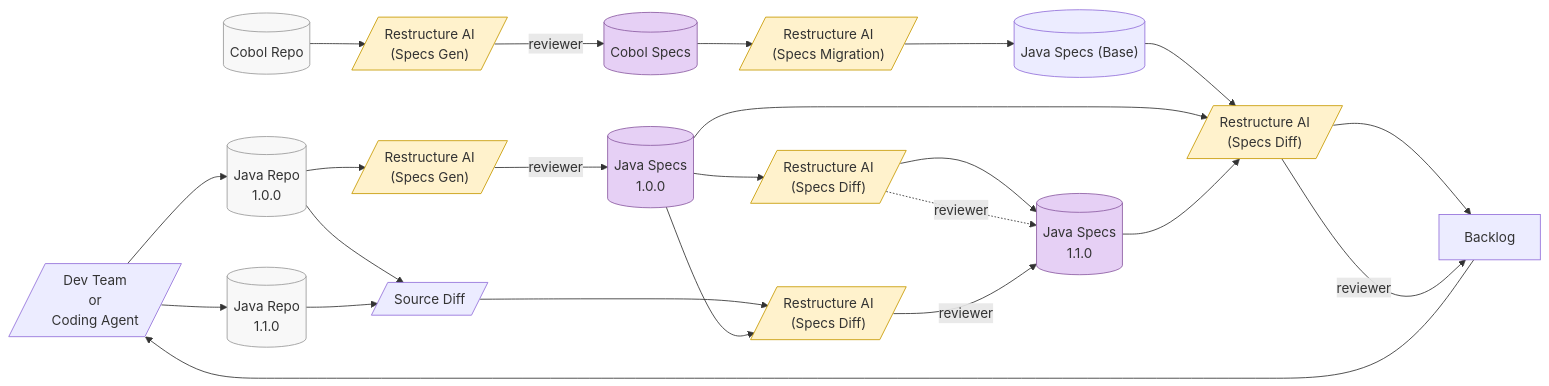
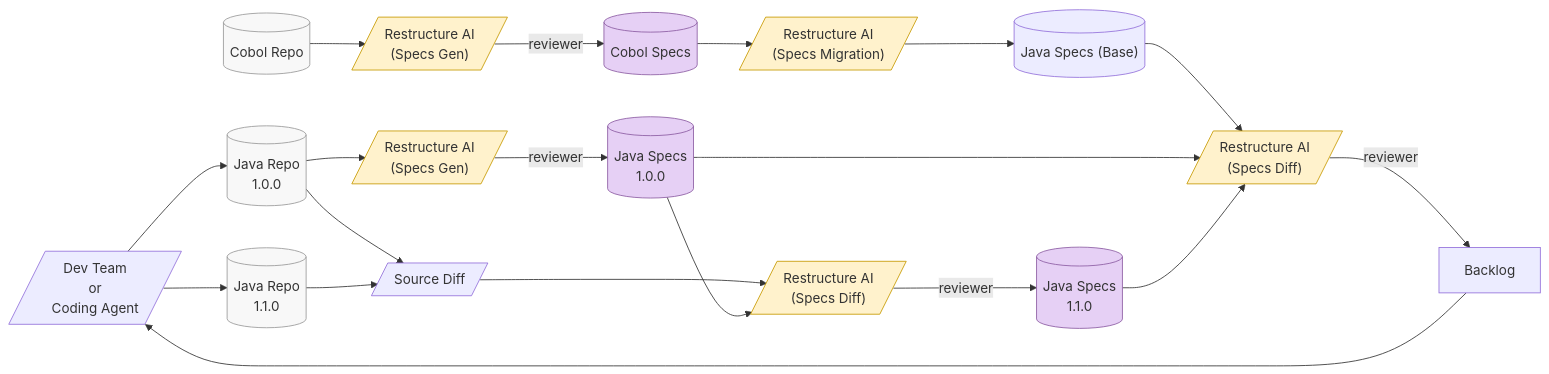
Before and after one commit to anhttmle/CAIO: the second of 2 diagrams in C2B/Phase 5/proposal.md, drawn with Mermaid. The commit also changed other lines of this file, not shown here.

````diff
--- a/C2B/Phase 5/proposal.md
+++ b/C2B/Phase 5/proposal.md
@@ -49,64 +49,58 @@
 ```mermaid
 
 flowchart LR
   Dev[/"Dev Team<br/>or<br/>Coding Agent"/]
 
   %% Cobol path (top)
   CobolRepo[(Cobol Repo)]
   RespecGen1[/"Restructure AI<br/>(Specs Gen)"/]
   CobolSpecs[(Cobol Specs)]
   RespecDiffTop[/"Restructure AI<br/>(Specs Diff)"/]
   Backlog["Backlog"]
 
   CobolRepo --> RespecGen1
   RespecGen1 -->|reviewer| CobolSpecs
 
   CobolSpecs --> migrate[/"Restructure AI<br/>(Specs Migration)"/]
   migrate --> javaspecs[("Java Specs (Base)")]
   javaspecs --> RespecDiffTop
-  RespecDiffTop --> Backlog
 
   %% Java path (middle)
   JavaRepo_old[("Java Repo<br/>1.0.0")]
   RespecGen2[/"Restructure AI<br/>(Specs Gen)"/]
   JavaSpecs_old[("Java Specs<br/>1.0.0")]
-  RespecDiffMid[/"Restructure AI<br/>(Specs Diff)"/]
   JavaSpecs_new[("Java Specs<br/>1.1.0")]
 
   Dev --> JavaRepo_old
   JavaRepo_old --> RespecGen2
   RespecGen2 -->|reviewer| JavaSpecs_old
-  JavaSpecs_old --> RespecDiffMid
-  RespecDiffMid --> JavaSpecs_new
-  RespecDiffMid -. reviewer .-> JavaSpecs_new
-
+  
   %% Source diff path (bottom)
   JavaRepo_new[("Java Repo<br/>1.1.0")]
   SourceDiff[/"Source Diff"/]
   SrcRespecDiff[/"Restructure AI<br/>(Specs Diff)"/]
 
   Dev --> JavaRepo_new
   JavaRepo_old --> SourceDiff
   JavaRepo_new --> SourceDiff
   SourceDiff --> SrcRespecDiff
   JavaSpecs_old --> SrcRespecDiff
   SrcRespecDiff --reviewer--> JavaSpecs_new
 
   %% Connections to backlog and reviewers
   JavaSpecs_old --> RespecDiffTop
   RespecDiffTop -->|reviewer| Backlog
   JavaSpecs_new --> RespecDiffTop
 
   Backlog --> Dev
 
   %% visual classes
   classDef repo fill:#f8f8f8,stroke:#999,stroke-width:1px;
   classDef ai fill:#fff2cc,stroke:#c79a00,stroke-width:1px;
   classDef specs fill:#e6d0f5,stroke:#8c5ca3,stroke-width:1px;
   classDef actor fill:#ffffff,stroke:#222,stroke-width:1px;
 
   class CobolRepo,JavaRepo_old,JavaRepo_new repo;
   class migrate,RespecGen1,RespecGen2,RespecDiffTop,RespecDiffMid,SrcRespecDiff ai;
   class CobolSpecs,JavaSpecs_old,JavaSpecs_new specs;
-
 ```
````
